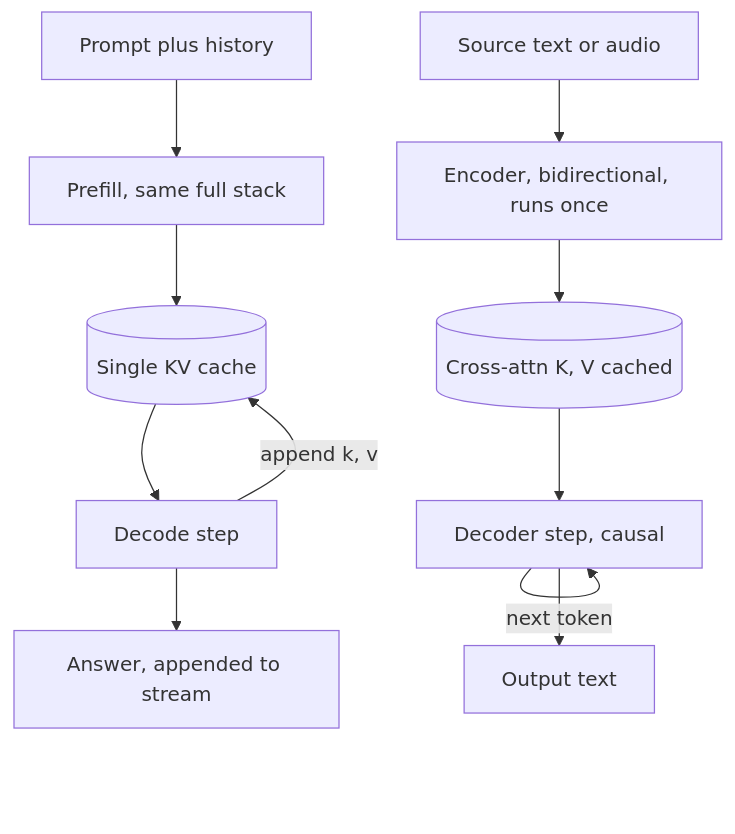
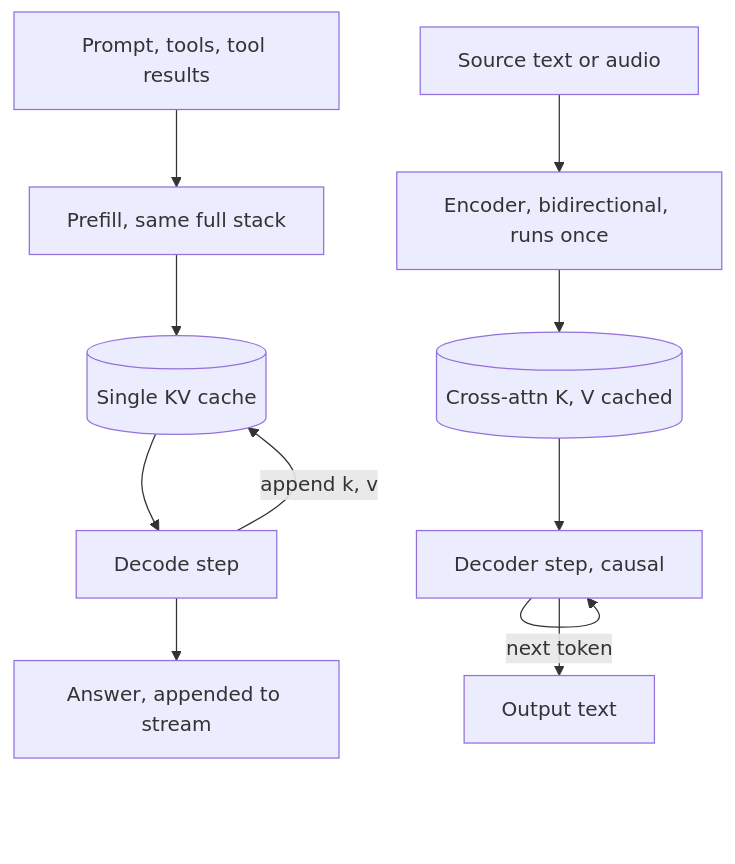
One commit to lovishmahajan97/agentic-learning changed the diagram in content/model-internals/llm-architecture.md. Above: the diagram before and after it, drawn with Mermaid. The commit also changed other lines of this file and 266 other files, not shown here.

````diff
--- a/content/model-internals/llm-architecture.md
+++ b/content/model-internals/llm-architecture.md
@@ -116,13 +140,13 @@
 ```mermaid
 flowchart TD
     S["Source text or audio"] --> EN["Encoder, bidirectional, runs once"]
     EN --> XKV[("Cross-attn K, V cached")]
     XKV --> DD["Decoder step, causal"]
     DD -->|"next token"| DD
     DD --> O1["Output text"]
-    P["Prompt plus history"] --> PF["Prefill, same full stack"]
+    P["Prompt, tools, tool results"] --> PF["Prefill, same full stack"]
     PF --> KV[("Single KV cache")]
     KV --> DS["Decode step"]
     DS -->|"append k, v"| KV
     DS --> O2["Answer, appended to stream"]
 ```
````
